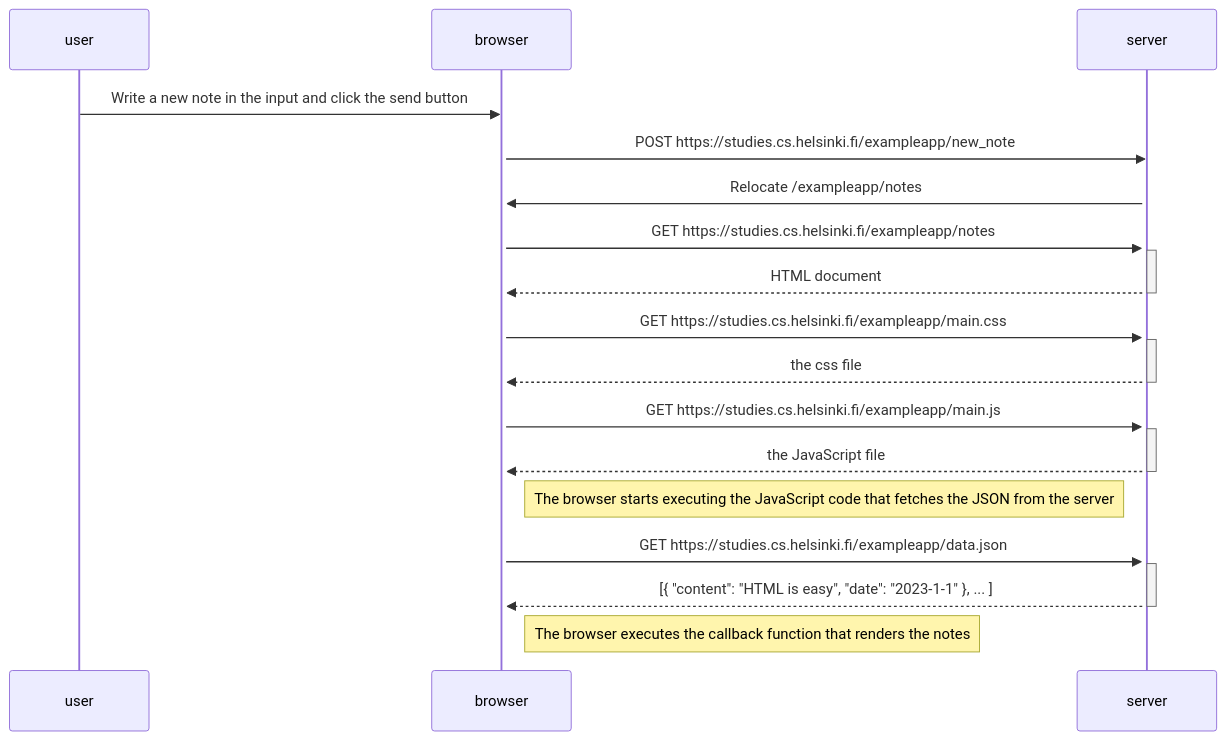
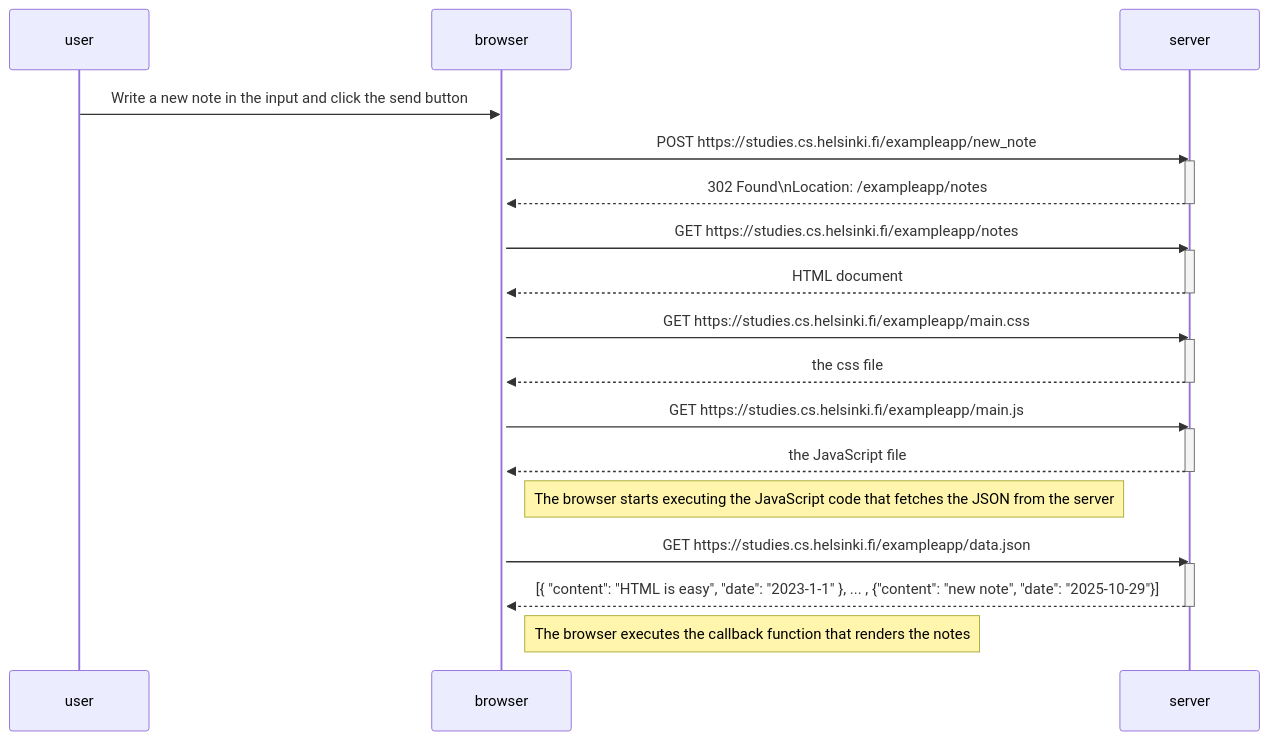
One commit to migueldr12/full_stack_open changed the diagram in part0/0_4.md. Above: the diagram before and after it, drawn with Mermaid.

Commit message:
Adding some features to the 0.4

````diff
--- a/part0/0_4.md
+++ b/part0/0_4.md
@@ -2,35 +2,37 @@
 ```mermaid
 sequenceDiagram
     participant user
     participant browser
     participant server
 
     user->>browser: Write a new note in the input and click the send button
     activate browser  
     browser->>server: POST https://studies.cs.helsinki.fi/exampleapp/new_note
     activate server
-    server ->> browser: Relocate /exampleapp/notes 
+    server-->>browser: 302 Found\nLocation: /exampleapp/notes
+    deactivate server
+
     browser->>server: GET https://studies.cs.helsinki.fi/exampleapp/notes
     activate server
     server-->>browser: HTML document
     deactivate server
 
     browser->>server: GET https://studies.cs.helsinki.fi/exampleapp/main.css
     activate server
     server-->>browser: the css file
     deactivate server
 
     browser->>server: GET https://studies.cs.helsinki.fi/exampleapp/main.js
     activate server
     server-->>browser: the JavaScript file
     deactivate server
 
     Note right of browser: The browser starts executing the JavaScript code that fetches the JSON from the server
 
     browser->>server: GET https://studies.cs.helsinki.fi/exampleapp/data.json
     activate server
-    server-->>browser: [{ "content": "HTML is easy", "date": "2023-1-1" }, ... ]
+    server-->>browser: [{ "content": "HTML is easy", "date": "2023-1-1" }, ... , {"content": "new note", "date": "2025-10-29"}]
     deactivate server
 
     Note right of browser: The browser executes the callback function that renders the notes
 ```
````
